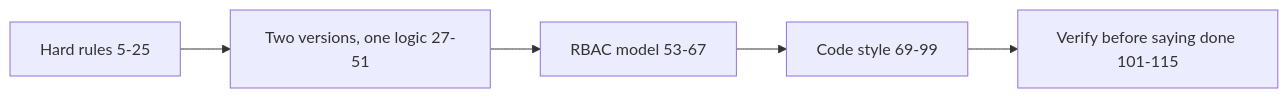
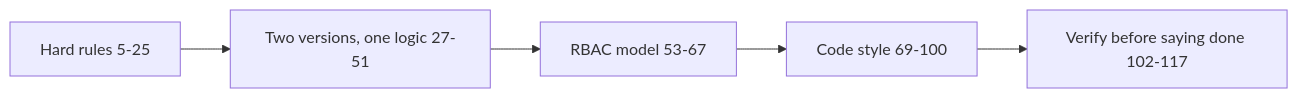
One commit to darshanmeel/snowflake-access-explorer changed the diagram in snowflake-access-explorer-knowledge-graph/documents/claude-md.md. Above: the diagram before and after it, drawn with Mermaid. The commit also changed other lines of this file and 88 other files, not shown here.

First line of the commit message:
Knowledge graph and docs for the access log; per-day charts by user, role, client, statement, R/W/DDL, object kind

````diff
--- a/snowflake-access-explorer-knowledge-graph/documents/claude-md.md
+++ b/snowflake-access-explorer-knowledge-graph/documents/claude-md.md
@@ -4,7 +4,7 @@
 ```mermaid
 flowchart LR
   H[Hard rules 5-25] --> V[Two versions, one logic 27-51]
   V --> R[RBAC model 53-67]
-  R --> C[Code style 69-99]
-  C --> X[Verify before saying done 101-115]
+  R --> C[Code style 69-100]
+  C --> X[Verify before saying done 102-117]
 ```
````
